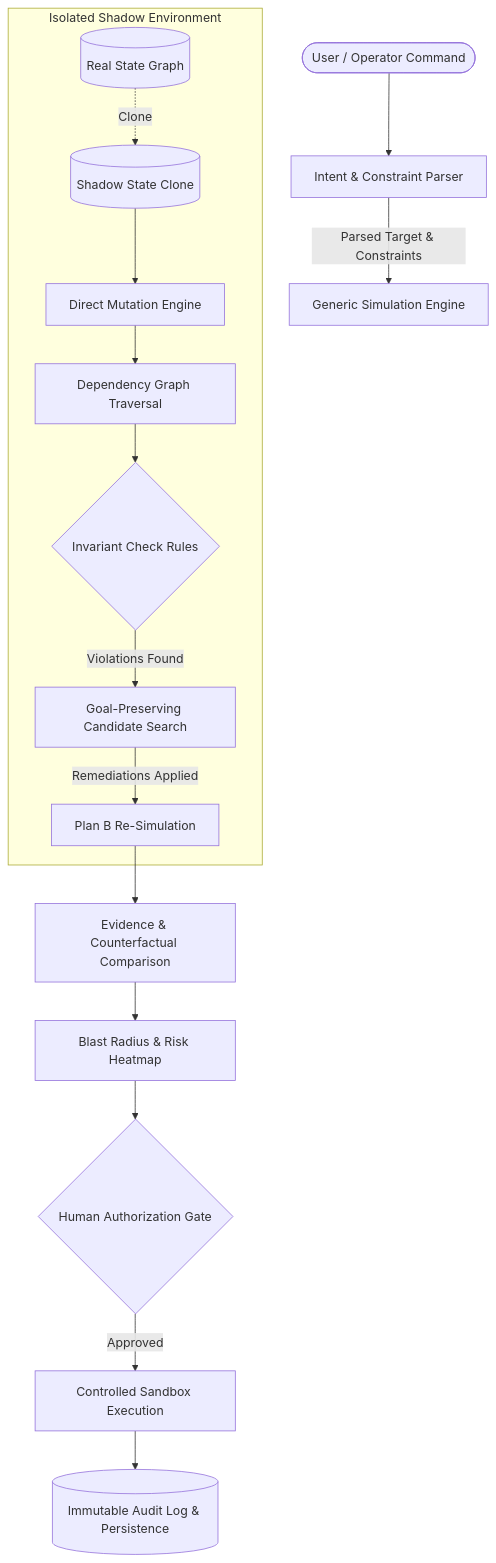
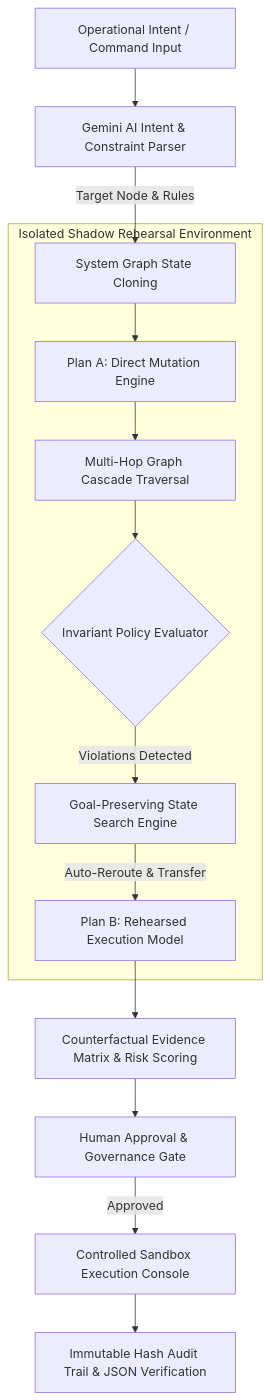
Before and after one commit to Madhavan20906/ShadowProof: the diagram in README.md, drawn with Mermaid. The commit also changed other lines of this file, not shown here.

Commit message:
docs: add solid production README with architecture diagrams, quickstart, and tech stack

````diff
--- a/README.md
+++ b/README.md
@@ -38,20 +30,19 @@
 ```mermaid
 flowchart TD
-    User([User / Operator Command]) --> IntentParser[Intent & Constraint Parser]
-    IntentParser -->|Parsed Target & Constraints| ShadowEngine[Generic Simulation Engine]
+    A[Operational Intent / Command Input] --> B[Gemini AI Intent & Constraint Parser]
+    B -->|Target Node & Rules| C[System Graph State Cloning]
     
-    subgraph Isolated Shadow Environment
-        RealState[(Real State Graph)] -. Clone .-> ShadowState[(Shadow State Clone)]
-        ShadowState --> Mutate[Direct Mutation Engine]
-        Mutate --> Cascade[Dependency Graph Traversal]
-        Cascade --> Invariants{Invariant Check Rules}
-        Invariants -->|Violations Found| PlanSearch[Goal-Preserving Candidate Search]
-        PlanSearch -->|Remediations Applied| ReSimulate[Plan B Re-Simulation]
+    subgraph Isolated Shadow Rehearsal Environment
+        C --> D[Plan A: Direct Mutation Engine]
+        D --> E[Multi-Hop Graph Cascade Traversal]
+        E --> F{Invariant Policy Evaluator}
+        
+        F -->|Violations Detected| G[Goal-Preserving State Search Engine]
+        G -->|Auto-Reroute & Transfer| H[Plan B: Rehearsed Execution Model]
     end
     
-    ReSimulate --> Evidence[Evidence & Counterfactual Comparison]
-    Evidence --> BlastRadius[Blast Radius & Risk Heatmap]
-    BlastRadius --> HumanGate{Human Authorization Gate}
-    HumanGate -->|Approved| ControlledExec[Controlled Sandbox Execution]
-    ControlledExec --> AuditLog[(Immutable Audit Log & Persistence)]
+    H --> I[Counterfactual Evidence Matrix & Risk Scoring]
+    I --> J[Human Approval & Governance Gate]
+    J -->|Approved| K[Controlled Sandbox Execution Console]
+    K --> L[Immutable Hash Audit Trail & JSON Verification]
 ```
````
